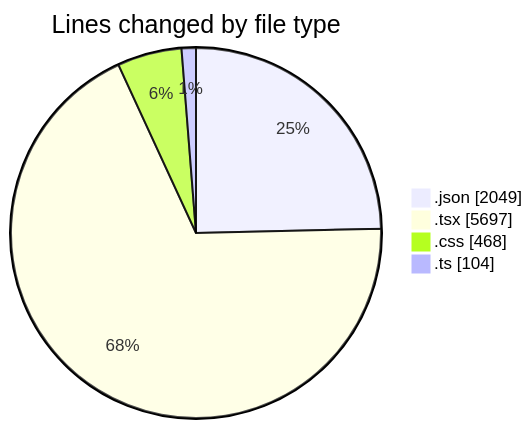
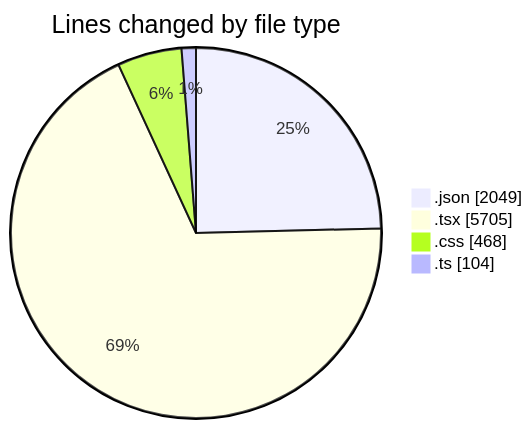
The first of 2 diagrams in 2025-08-14/ribbon/README.md (EIIisD/code-tracking), drawn with Mermaid before and after one commit. The commit also changed other lines of this file and 1 other file, not shown here.

````diff
--- a/2025-08-14/ribbon/README.md
+++ b/2025-08-14/ribbon/README.md
@@ -29,8 +29,8 @@
 ```mermaid
 pie showData
 title Lines changed by file type
 ".json" : 2049
-".tsx" : 5697
+".tsx" : 5705
 ".css" : 468
 ".ts" : 104
 ```
````
